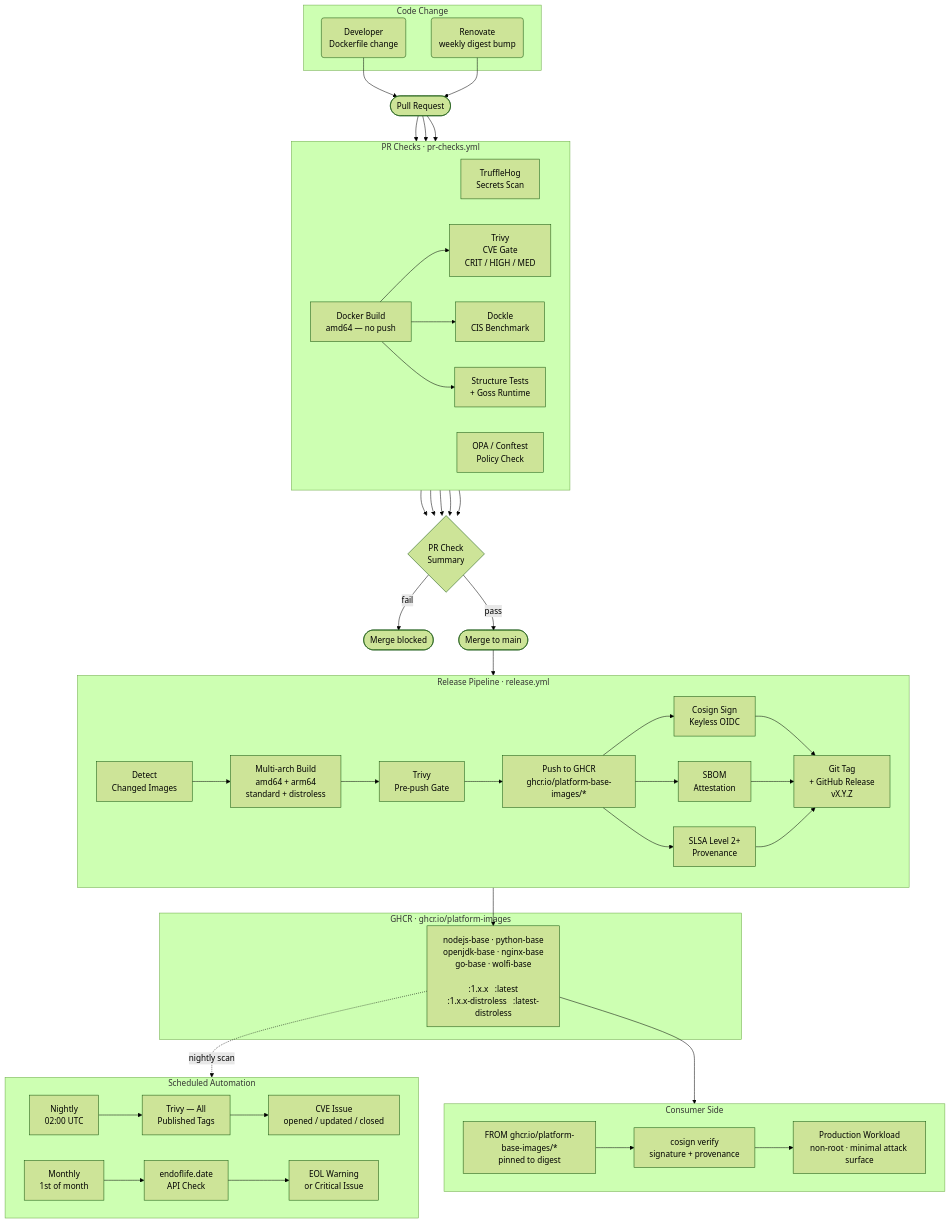
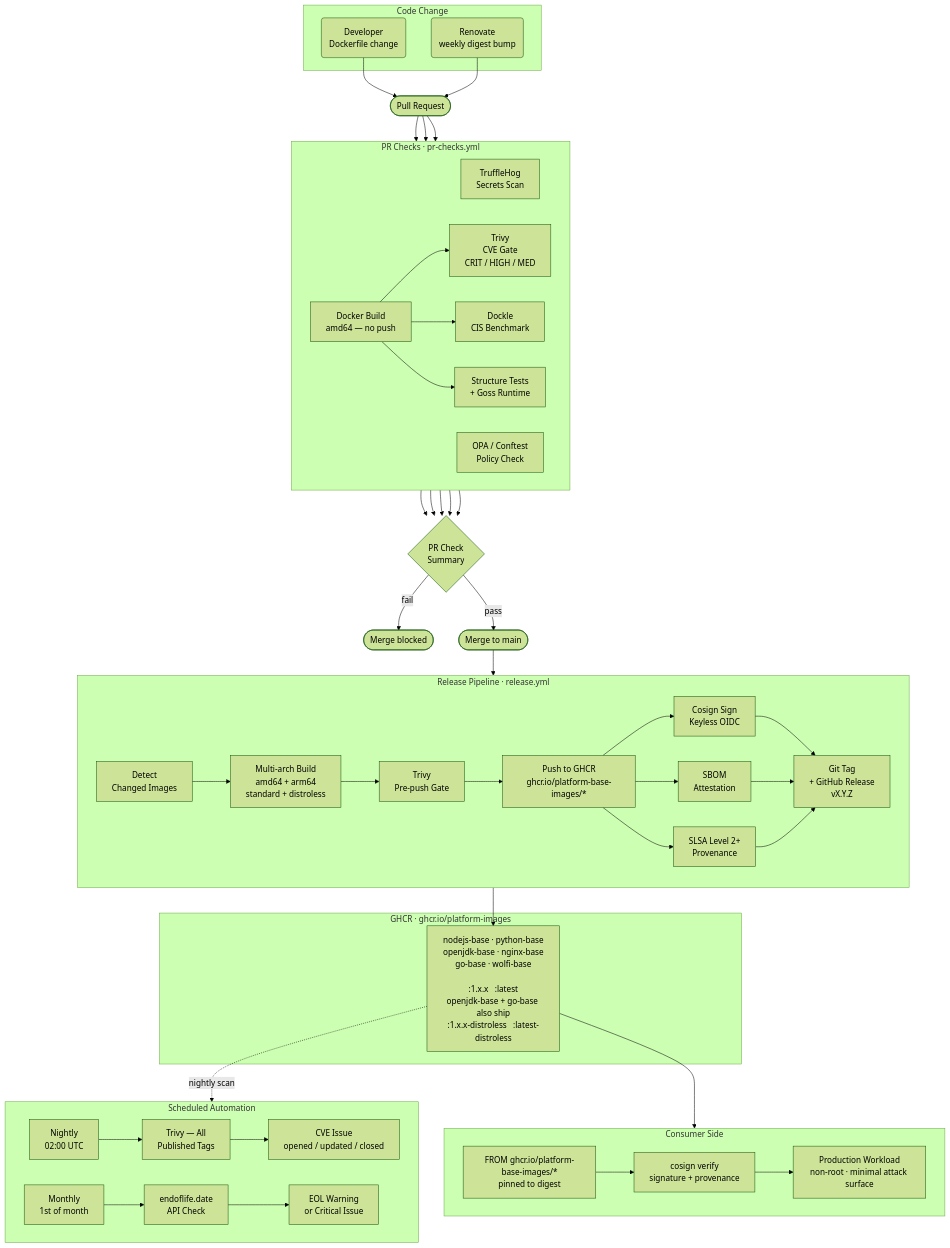
Before and after one commit to platform-base-images/hardened-base: the diagram in README.md, drawn with Mermaid (forest theme). The commit also changed other lines of this file and 2 other files, not shown here.

First line of the commit message:
docs: sync README with actual image state; bump go-base to go-1.26

````diff
--- a/README.md
+++ b/README.md
@@ -17,79 +17,79 @@
 ```mermaid
 flowchart TD
     subgraph SRC["  Code Change  "]
         DEV("Developer\nDockerfile change")
         BOT("Renovate\nweekly digest bump")
     end
 
     DEV --> PR
     BOT --> PR
 
     PR(["Pull Request"])
 
     subgraph CHECKS["  PR Checks  ·  pr-checks.yml  "]
         direction LR
         A1["TruffleHog\nSecrets Scan"]
         A2["OPA / Conftest\nPolicy Check"]
         A3["Docker Build\namd64 — no push"]
         A4["Trivy\nCVE Gate\nCRIT / HIGH / MED"]
         A5["Dockle\nCIS Benchmark"]
         A6["Structure Tests\n+ Goss Runtime"]
         A3 --> A4
         A3 --> A5
         A3 --> A6
     end
 
     PR --> A1 & A2 & A3
 
     A1 & A2 & A4 & A5 & A6 --> GATE{"PR Check\nSummary"}
 
     GATE -- "fail" --> BLOCK(["Merge blocked"])
     GATE -- "pass" --> MERGE(["Merge to main"])
 
     subgraph RELEASE["  Release Pipeline  ·  release.yml  "]
         direction LR
         R1["Detect\nChanged Images"]
         R2["Multi-arch Build\namd64 + arm64\nstandard + distroless"]
         R3["Trivy\nPre-push Gate"]
         R4["Push to GHCR\nghcr.io/platform-base-images/*"]
         R5["Cosign Sign\nKeyless OIDC"]
         R6["SBOM\nAttestation"]
         R7["SLSA Level 2+\nProvenance"]
         R8["Git Tag\n+ GitHub Release\nvX.Y.Z"]
         R1 --> R2 --> R3 --> R4
         R4 --> R5 & R6 & R7
         R5 & R6 & R7 --> R8
     end
 
     MERGE --> R1
 
     subgraph REGISTRY["  GHCR  ·  ghcr.io/platform-images  "]
-        IMG["nodejs-base · python-base\nopenjdk-base · nginx-base\ngo-base · wolfi-base\n\n:1.x.x   :latest\n:1.x.x-distroless   :latest-distroless"]
+        IMG["nodejs-base · python-base\nopenjdk-base · nginx-base\ngo-base · wolfi-base\n\n:1.x.x   :latest\nopenjdk-base + go-base also ship\n:1.x.x-distroless   :latest-distroless"]
     end
 
     R8 --> IMG
 
     subgraph CONSUMER["  Consumer Side  "]
         direction LR
         C1["FROM ghcr.io/platform-base-images/*\npinned to digest"]
         C2["cosign verify\nsignature + provenance"]
         C3["Production Workload\nnon-root · minimal attack surface"]
         C1 --> C2 --> C3
     end
 
     IMG --> C1
 
     subgraph AUTO["  Scheduled Automation  "]
         direction LR
         N1["Nightly\n02:00 UTC"]
         N2["Trivy — All\nPublished Tags"]
         N3["CVE Issue\nopened / updated / closed"]
         M1["Monthly\n1st of month"]
         M2["endoflife.date\nAPI Check"]
         M3["EOL Warning\nor Critical Issue"]
         N1 --> N2 --> N3
         M1 --> M2 --> M3
     end
 
     IMG -.->|nightly scan| N2
 ```
````
